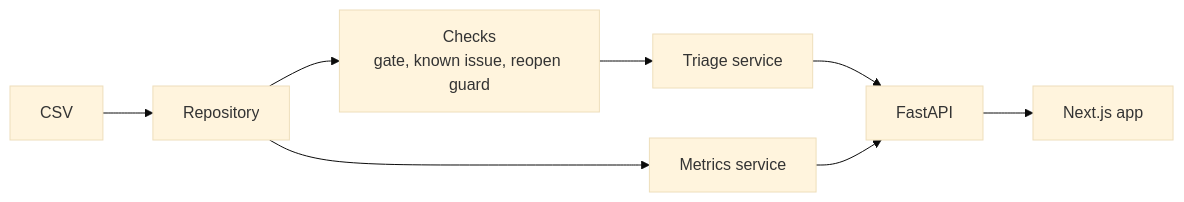
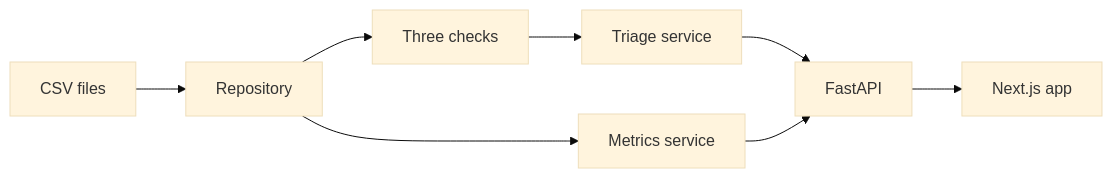
One commit to HarshDevJourney/RideOps changed the diagram in README.md. Above: the diagram before and after it, drawn with Mermaid (base theme). The commit also changed other lines of this file and 20 other files, not shown here.

````diff
--- a/README.md
+++ b/README.md
@@ -129,10 +164,10 @@
 ```mermaid
 flowchart LR
-  A[CSV] --> B[Repository]
-  B --> C[Checks<br/>gate, known issue, reopen guard]
+  A[CSV files] --> B[Repository]
+  B --> C[Three checks]
   C --> D[Triage service]
   B --> E[Metrics service]
   D --> F[FastAPI]
   E --> F
   F --> G[Next.js app]
 ```
````
